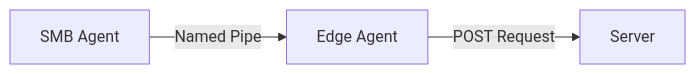
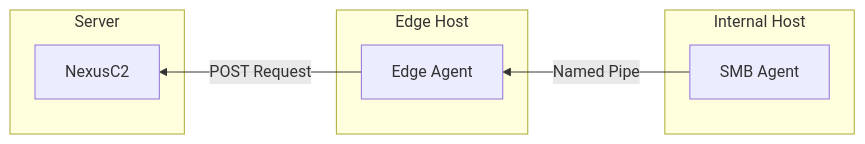
The third of 3 diagrams in website/content/docs/linked-agents.md (seahop/NexusC2), drawn with Mermaid before and after one commit. The commit also changed other lines of this file and 21 other files, not shown here.

```diff
--- a/website/content/docs/linked-agents.md
+++ b/website/content/docs/linked-agents.md
@@ -190,5 +201,15 @@
 {{< mermaid >}}
-flowchart LR
-    SMB[SMB Agent] -->|Named Pipe| EDGE[Edge Agent]
-    EDGE -->|POST Request| SRV[Server]
+flowchart RL
+    subgraph Internal["Internal Host"]
+        SMB[SMB Agent]
+    end
+    subgraph Edge["Edge Host"]
+        EDGE[Edge Agent]
+    end
+    subgraph Server
+        SRV[NexusC2]
+    end
+
+    SMB -->|Named Pipe| EDGE
+    EDGE -->|POST Request| SRV
 {{< /mermaid >}}
```
